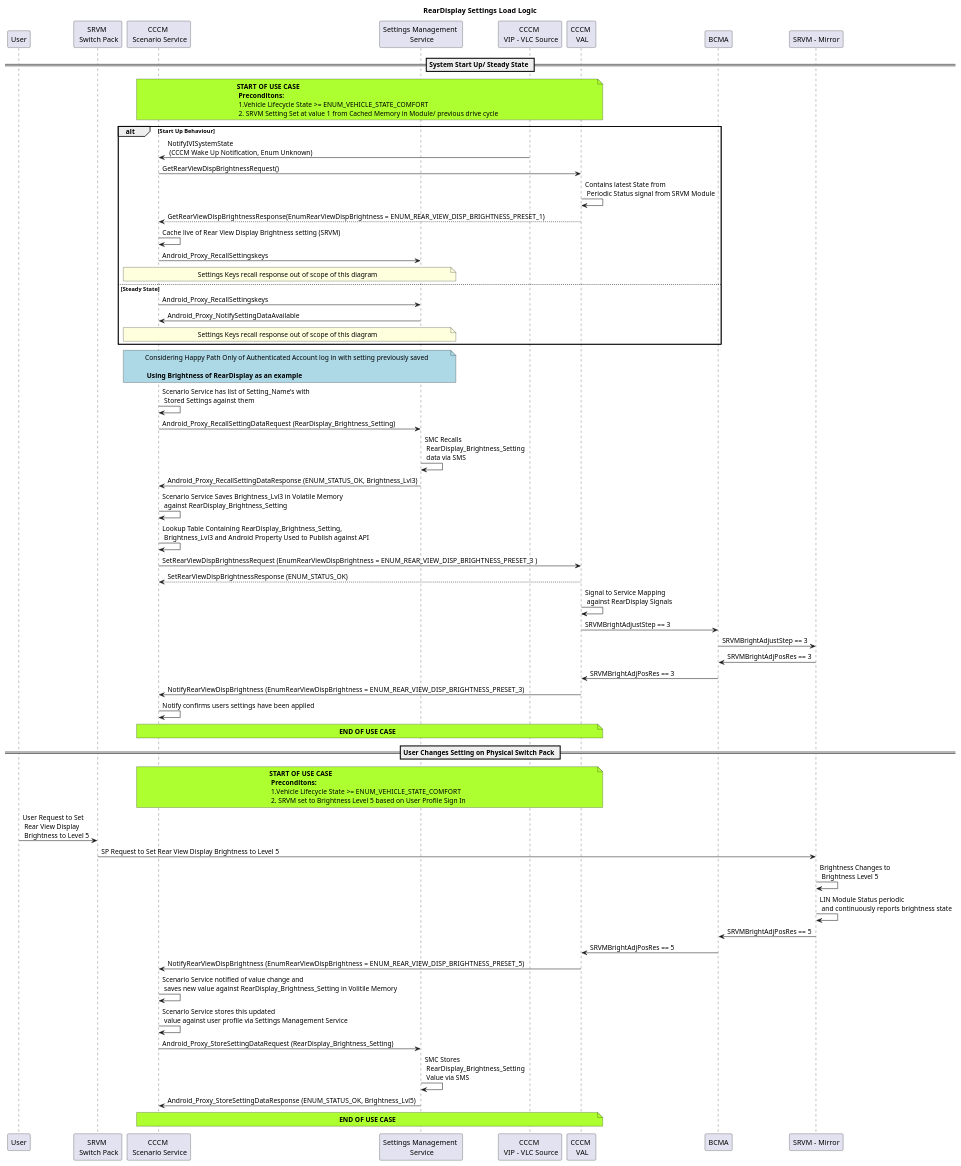
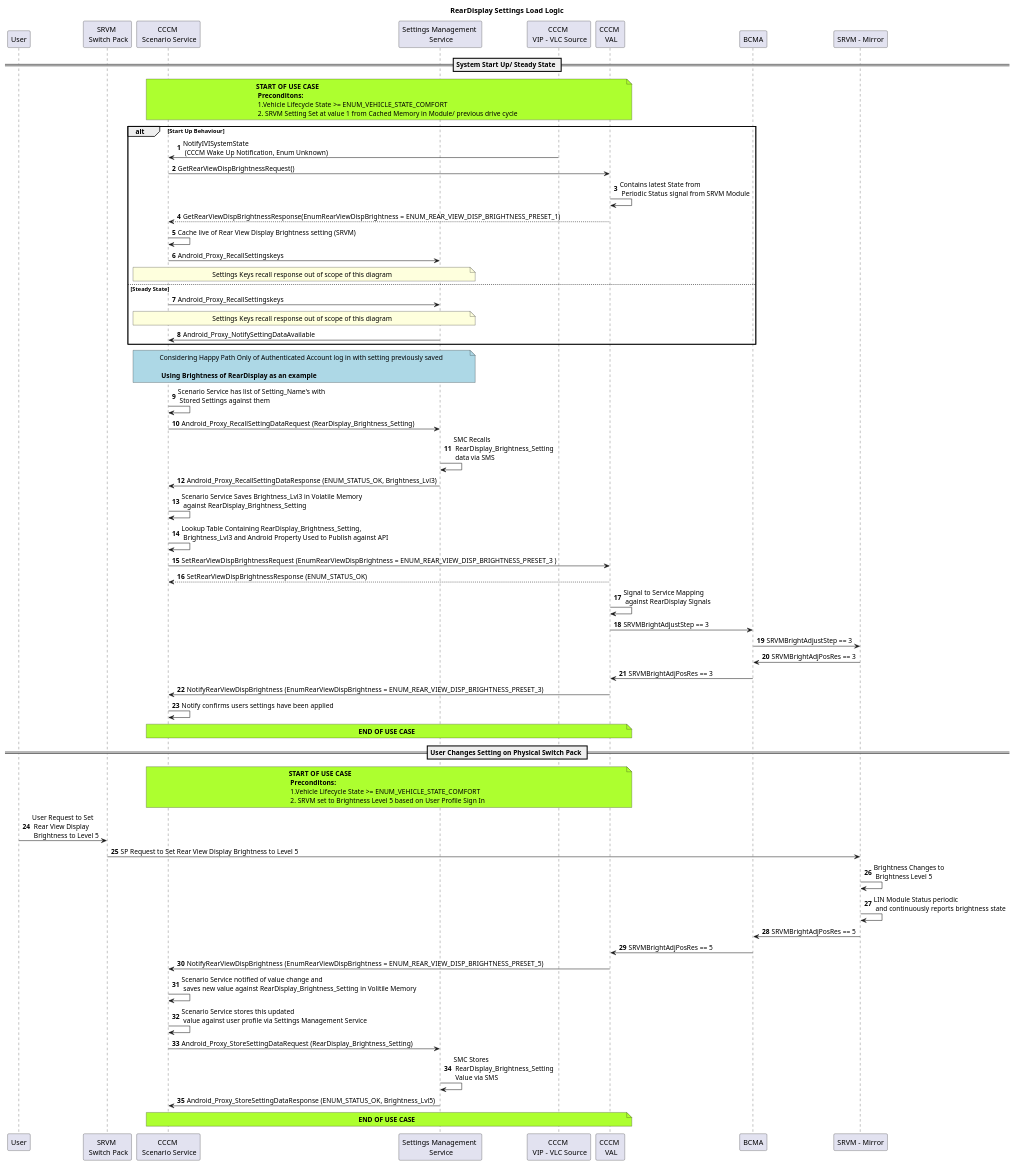
One commit to JamesLewis1998/Software_UpSkilling_Workspace changed the diagram in PlantMUL_Architecture_Sequencing/ADAS_Systems/SRVM_SettingLoad_SequenceDiagram.puml. Above: the diagram before and after it, drawn with PlantUML.

Commit message:
Update to Sequence Ordering

```diff
--- a/PlantMUL_Architecture_Sequencing/ADAS_Systems/SRVM_SettingLoad_SequenceDiagram.puml
+++ b/PlantMUL_Architecture_Sequencing/ADAS_Systems/SRVM_SettingLoad_SequenceDiagram.puml
@@ -1,72 +1,74 @@
 @startuml Rear Smart View Mirror Display Settings Personalisation
 
 title RearDisplay Settings Load Logic
 
 participant "User" as U
 participant "SRVM \n Switch Pack" as SP
 participant "CCCM \n Scenario Service" as SS
 participant "Settings Management \n Service" as SMC
 participant "CCCM \n VIP - VLC Source" as VIP
 participant "CCCM \n VAL" as VAL
 participant "BCMA" as BCMA
 participant "SRVM - Mirror" as SRVM 
+
+autonumber
 
 == System Start Up/ Steady State ==
 
 note over SS,VAL #GreenYellow: **START OF USE CASE**\n **Preconditons:** \n 1.Vehicle Lifecycle State >= ENUM_VEHICLE_STATE_COMFORT \n 2. SRVM Setting Set at value 1 from Cached Memory in Module/ previous drive cycle
 
         alt Start Up Behaviour
         VIP -> SS: NotifyIVISystemState \n (CCCM Wake Up Notification, Enum Unknown)
         SS -> VAL: GetRearViewDispBrightnessRequest()
                         VAL -> VAL: Contains latest State from \n Periodic Status signal from SRVM Module
         VAL --> SS: GetRearViewDispBrightnessResponse(EnumRearViewDispBrightness   = ENUM_REAR_VIEW_DISP_BRIGHTNESS_PRESET_1)
         SS -> SS: Cache live of Rear View Display Brightness setting (SRVM)
         SS -> SMC: Android_Proxy_RecallSettingskeys 
         note over SS,SMC: Settings Keys recall response out of scope of this diagram
         else Steady State
         SS -> SMC: Android_Proxy_RecallSettingskeys 
+                note over SS,SMC: Settings Keys recall response out of scope of this diagram
         SMC -> SS: Android_Proxy_NotifySettingDataAvailable
-        note over SS,SMC: Settings Keys recall response out of scope of this diagram
         end
 
 note over SS,SMC #LightBlue: Considering Happy Path Only of Authenticated Account log in with setting previously saved \n\n **Using Brightness of RearDisplay as an example**
 
         SS -> SS: Scenario Service has list of Setting_Name's with \n Stored Settings against them
                     SS -> SMC: Android_Proxy_RecallSettingDataRequest (RearDisplay_Brightness_Setting) 
                     SMC -> SMC: SMC Recalls \n RearDisplay_Brightness_Setting \n data via SMS 
                     SMC -> SS: Android_Proxy_RecallSettingDataResponse (ENUM_STATUS_OK, Brightness_Lvl3)
                     SS -> SS: Scenario Service Saves Brightness_Lvl3 in Volatile Memory \n against RearDisplay_Brightness_Setting
                     SS -> SS: Lookup Table Containing RearDisplay_Brightness_Setting, \n Brightness_Lvl3 and Android Property Used to Publish against API
                     SS -> VAL: SetRearViewDispBrightnessRequest (EnumRearViewDispBrightness   = ENUM_REAR_VIEW_DISP_BRIGHTNESS_PRESET_3 )
                     VAL --> SS: SetRearViewDispBrightnessResponse (ENUM_STATUS_OK)
                     VAL -> VAL: Signal to Service Mapping \n against RearDisplay Signals
                         VAL -> BCMA: SRVMBrightAdjustStep == 3
                         BCMA -> SRVM: SRVMBrightAdjustStep == 3
                         SRVM -> BCMA: SRVMBrightAdjPosRes == 3
                         BCMA -> VAL:  SRVMBrightAdjPosRes == 3
                         VAL -> SS: NotifyRearViewDispBrightness (EnumRearViewDispBrightness   = ENUM_REAR_VIEW_DISP_BRIGHTNESS_PRESET_3)
                     SS -> SS: Notify confirms users settings have been applied
 
 note over SS,VAL #GreenYellow: **END OF USE CASE**
 
 == User Changes Setting on Physical Switch Pack ==
 
 note over SS,VAL #GreenYellow: **START OF USE CASE**\n **Preconditons:** \n 1.Vehicle Lifecycle State >= ENUM_VEHICLE_STATE_COMFORT \n 2. SRVM set to Brightness Level 5 based on User Profile Sign In
 
 
         U -> SP: User Request to Set \n Rear View Display \n Brightness to Level 5
                 SP -> SRVM: SP Request to Set Rear View Display Brightness to Level 5
                 SRVM -> SRVM: Brightness Changes to \n Brightness Level 5
                 SRVM -> SRVM: LIN Module Status periodic \n and continuously reports brightness state
                         SRVM -> BCMA: SRVMBrightAdjPosRes == 5
                 BCMA -> VAL:  SRVMBrightAdjPosRes == 5
                 VAL -> SS: NotifyRearViewDispBrightness (EnumRearViewDispBrightness   = ENUM_REAR_VIEW_DISP_BRIGHTNESS_PRESET_5)
                 SS -> SS: Scenario Service notified of value change and \n saves new value against RearDisplay_Brightness_Setting in Volitile Memory
                 SS -> SS: Scenario Service stores this updated \n value against user profile via Settings Management Service
                 SS -> SMC: Android_Proxy_StoreSettingDataRequest (RearDisplay_Brightness_Setting) 
                 SMC -> SMC: SMC Stores \n RearDisplay_Brightness_Setting \n Value via SMS 
                 SMC -> SS: Android_Proxy_StoreSettingDataResponse (ENUM_STATUS_OK, Brightness_Lvl5)
 
 note over SS,VAL #GreenYellow: **END OF USE CASE**
 
 @enduml
```
